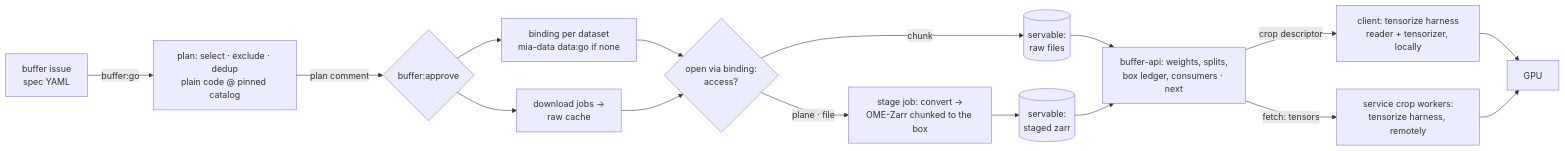
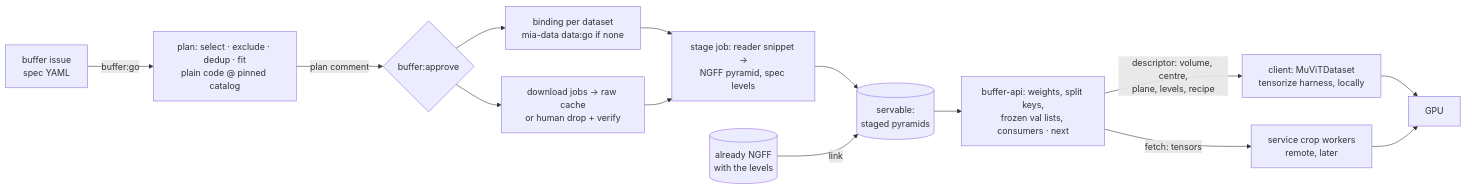
One commit to JaneliaSciComp/mia-workflow-prototype changed the diagram in notes/specs/2026-10-21-training-buffers.md. Above: the diagram before and after it, drawn with Mermaid. The commit also changed other lines of this file, not shown here.

First line of the commit message:
Spec: training buffers v0.4, validated against the MuViT demo and three 2D datasets

````diff
--- a/notes/specs/2026-10-21-training-buffers.md
+++ b/notes/specs/2026-10-21-training-buffers.md
@@ -34,18 +42,16 @@
 ```mermaid
 flowchart LR
-  I[buffer issue<br/>spec YAML] -->|buffer:go| P[plan: select · exclude · dedup<br/>plain code @ pinned catalog]
+  I[buffer issue<br/>spec YAML] -->|buffer:go| P[plan: select · exclude · dedup · fit<br/>plain code @ pinned catalog]
   P -->|plan comment| H{buffer:approve}
   H --> B[binding per dataset<br/>mia-data data:go if none]
-  H --> D[download jobs →<br/>raw cache]
-  B --> A{open via binding:<br/>access?}
-  D --> A
-  A -->|chunk| S[(servable:<br/>raw files)]
-  A -->|plane · file| C[stage job: convert →<br/>OME-Zarr chunked to the box]
-  C --> S2[(servable:<br/>staged zarr)]
-  S --> V[buffer-api: weights, splits,<br/>box ledger, consumers · next]
-  S2 --> V
-  V -->|crop descriptor| L[client: tensorize harness<br/>reader + tensorizer, locally]
-  V -->|fetch: tensors| R[service crop workers:<br/>tensorize harness, remotely]
+  H --> D[download jobs → raw cache<br/>or human drop + verify]
+  B --> C[stage job: reader snippet →<br/>NGFF pyramid, spec levels]
+  D --> C
+  C --> S[(servable:<br/>staged pyramids)]
+  N[(already NGFF<br/>with the levels)] -->|link| S
+  S --> V[buffer-api: weights, split keys,<br/>frozen val lists, consumers · next]
+  V -->|descriptor: volume, centre,<br/>plane, levels, recipe| L[client: MuViTDataset<br/>tensorize harness, locally]
+  V -->|fetch: tensors| R[service crop workers<br/>remote, later]
   L --> G[GPU]
   R --> G
 ```
````
